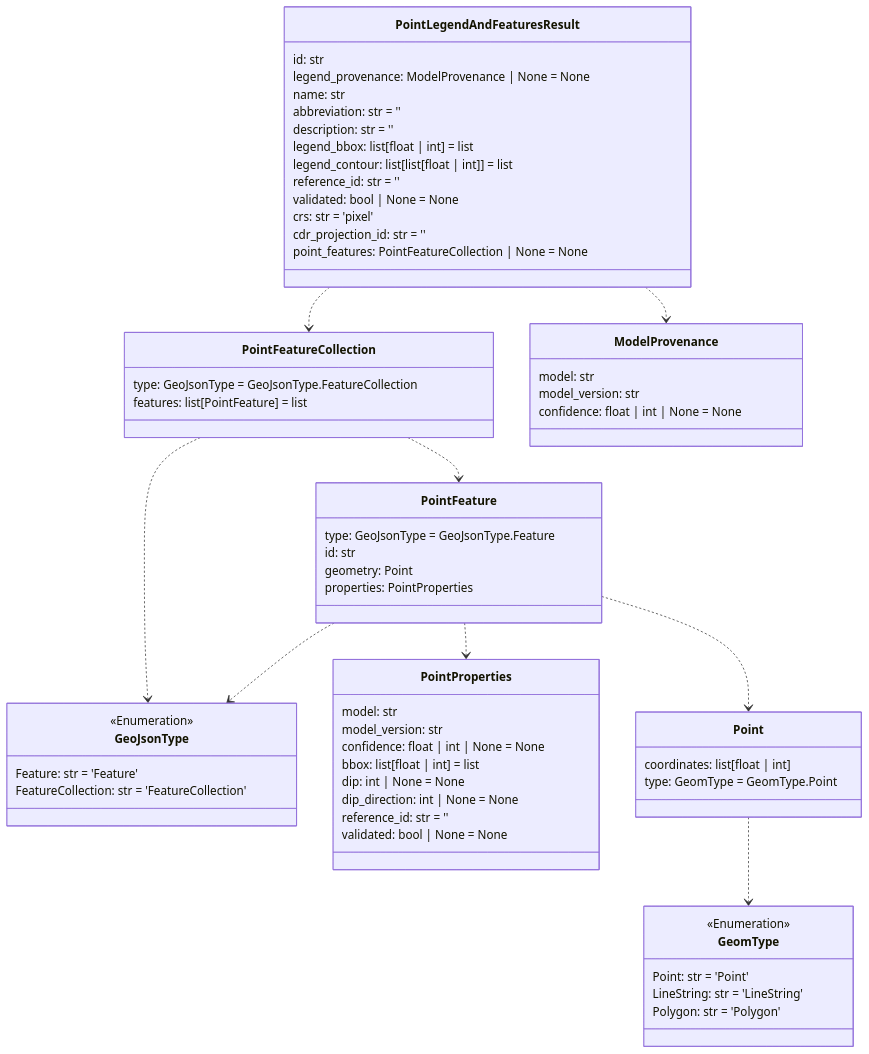
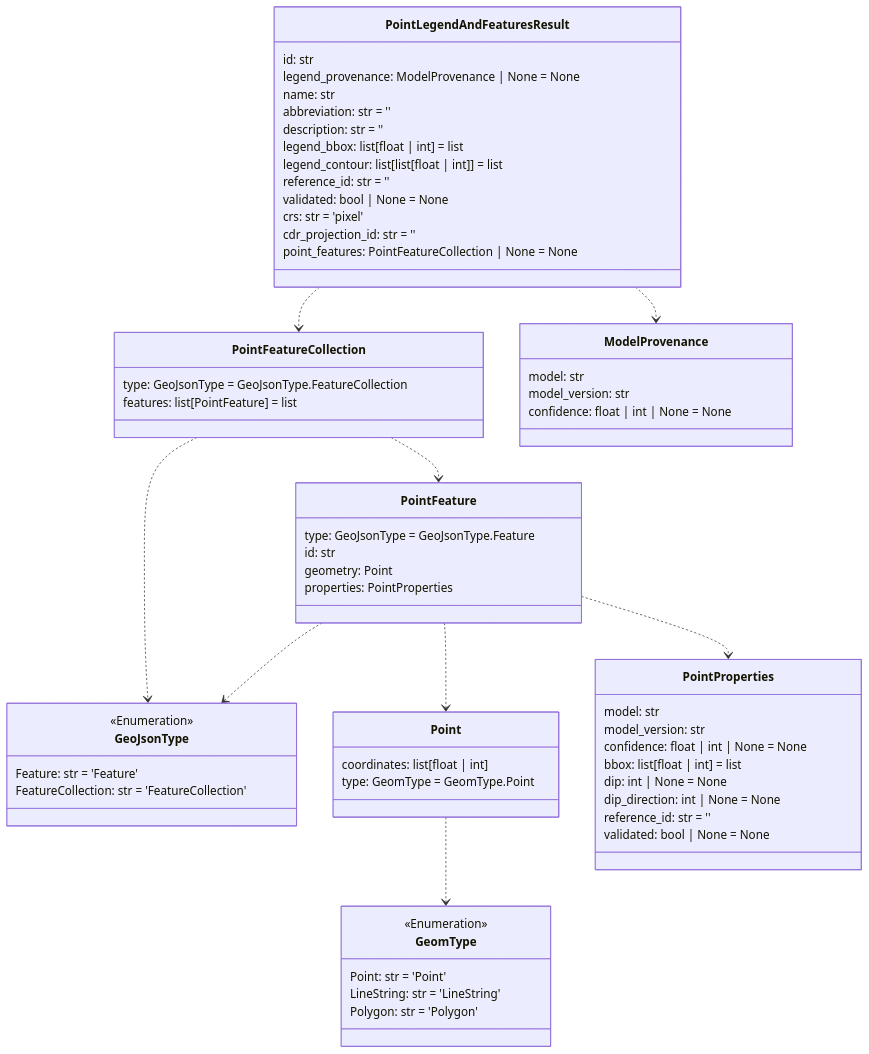
Before and after one commit to DARPA-CRITICALMAAS/cdr_schemas: the fifth of 14 diagrams in README.md, drawn with Mermaid. The commit also changed other lines of this file and 1 other file, not shown here.

````diff
--- a/README.md
+++ b/README.md
@@ -368,76 +368,76 @@
 ```mermaid
 classDiagram
+
+    class GeoJsonType {
+        <<Enumeration>>
+        Feature: str = 'Feature'
+        FeatureCollection: str = 'FeatureCollection'
+    }
+
+    class Point {
+        coordinates: list[float | int]
+        type: GeomType = GeomType.Point
+    }
 
     class PointLegendAndFeaturesResult {
         id: str
         legend_provenance: ModelProvenance | None = None
         name: str
         abbreviation: str = ''
         description: str = ''
         legend_bbox: list[float | int] = list
         legend_contour: list[list[float | int]] = list
         reference_id: str = ''
         validated: bool | None = None
         crs: str = 'pixel'
         cdr_projection_id: str = ''
         point_features: PointFeatureCollection | None = None
     }
 
-    class GeoJsonType {
-        <<Enumeration>>
-        Feature: str = 'Feature'
-        FeatureCollection: str = 'FeatureCollection'
+    class PointFeature {
+        type: GeoJsonType = GeoJsonType.Feature
+        id: str
+        geometry: Point
+        properties: PointProperties
     }
 
     class PointFeatureCollection {
         type: GeoJsonType = GeoJsonType.FeatureCollection
         features: list[PointFeature] = list
+    }
+
+    class ModelProvenance {
+        model: str
+        model_version: str
+        confidence: float | int | None = None
+    }
+
+    class GeomType {
+        <<Enumeration>>
+        Point: str = 'Point'
+        LineString: str = 'LineString'
+        Polygon: str = 'Polygon'
     }
 
     class PointProperties {
         model: str
         model_version: str
         confidence: float | int | None = None
         bbox: list[float | int] = list
         dip: int | None = None
         dip_direction: int | None = None
         reference_id: str = ''
         validated: bool | None = None
     }
 
-    class GeomType {
-        <<Enumeration>>
-        Point: str = 'Point'
-        LineString: str = 'LineString'
-        Polygon: str = 'Polygon'
-    }
-
-    class ModelProvenance {
-        model: str
-        model_version: str
-        confidence: float | int | None = None
-    }
-
-    class PointFeature {
-        type: GeoJsonType = GeoJsonType.Feature
-        id: str
-        geometry: Point
-        properties: PointProperties
-    }
-
-    class Point {
-        coordinates: list[float | int]
-        type: GeomType = GeomType.Point
-    }
-
     Point ..> GeomType
     PointFeature ..> GeoJsonType
+    PointFeature ..> Point
     PointFeature ..> PointProperties
-    PointFeature ..> Point
+    PointFeatureCollection ..> GeoJsonType
     PointFeatureCollection ..> PointFeature
-    PointFeatureCollection ..> GeoJsonType
     PointLegendAndFeaturesResult ..> PointFeatureCollection
     PointLegendAndFeaturesResult ..> ModelProvenance
 
 
 ```
````
